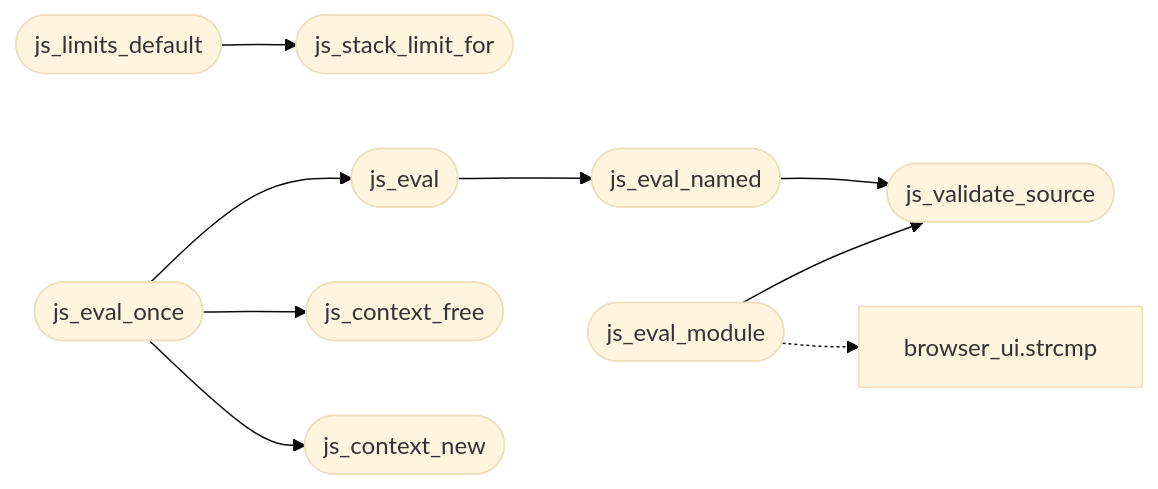
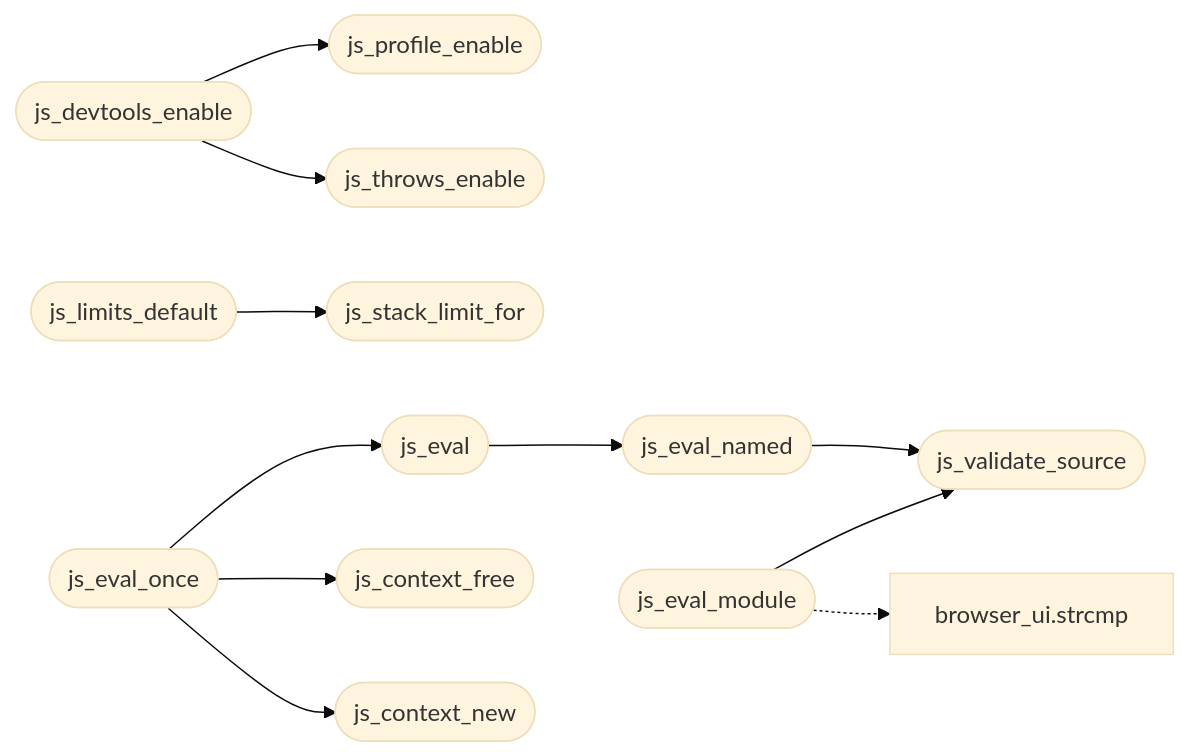
Before and after one commit to grisuno/FreeDom: the second of 2 diagrams in readmenator-apidocs/modules/src.js_sandbox.c.md, drawn with Mermaid (base theme). The commit also changed other lines of this file and 240 other files, not shown here.

````diff
--- a/readmenator-apidocs/modules/src.js_sandbox.c.md
+++ b/readmenator-apidocs/modules/src.js_sandbox.c.md
@@ -28,21 +28,26 @@
 ```mermaid
 flowchart LR
+    n_src_js_sandbox_c__js_devtools_enable(["js_devtools_enable"])
+    n_src_js_sandbox_c__js_profile_enable(["js_profile_enable"])
+    n_src_js_sandbox_c__js_throws_enable(["js_throws_enable"])
     n_src_js_sandbox_c__js_limits_default(["js_limits_default"])
     n_src_js_sandbox_c__js_stack_limit_for(["js_stack_limit_for"])
     n_src_js_sandbox_c__js_eval(["js_eval"])
     n_src_js_sandbox_c__js_eval_named(["js_eval_named"])
     n_src_js_sandbox_c__js_validate_source(["js_validate_source"])
     n_src_js_sandbox_c__js_eval_once(["js_eval_once"])
     n_src_js_sandbox_c__js_context_free(["js_context_free"])
     n_src_js_sandbox_c__js_context_new(["js_context_new"])
     n_src_js_sandbox_c__js_eval_module(["js_eval_module"])
     n_gui_browser_ui_c__strcmp["browser_ui.strcmp"]
+    n_src_js_sandbox_c__js_devtools_enable --> n_src_js_sandbox_c__js_profile_enable
+    n_src_js_sandbox_c__js_devtools_enable --> n_src_js_sandbox_c__js_throws_enable
     n_src_js_sandbox_c__js_limits_default --> n_src_js_sandbox_c__js_stack_limit_for
     n_src_js_sandbox_c__js_eval --> n_src_js_sandbox_c__js_eval_named
     n_src_js_sandbox_c__js_eval_named --> n_src_js_sandbox_c__js_validate_source
     n_src_js_sandbox_c__js_eval_once --> n_src_js_sandbox_c__js_context_free
     n_src_js_sandbox_c__js_eval_once --> n_src_js_sandbox_c__js_context_new
     n_src_js_sandbox_c__js_eval_once --> n_src_js_sandbox_c__js_eval
     n_src_js_sandbox_c__js_eval_module --> n_src_js_sandbox_c__js_validate_source
     n_src_js_sandbox_c__js_eval_module -.-> n_gui_browser_ui_c__strcmp
 ```
````
